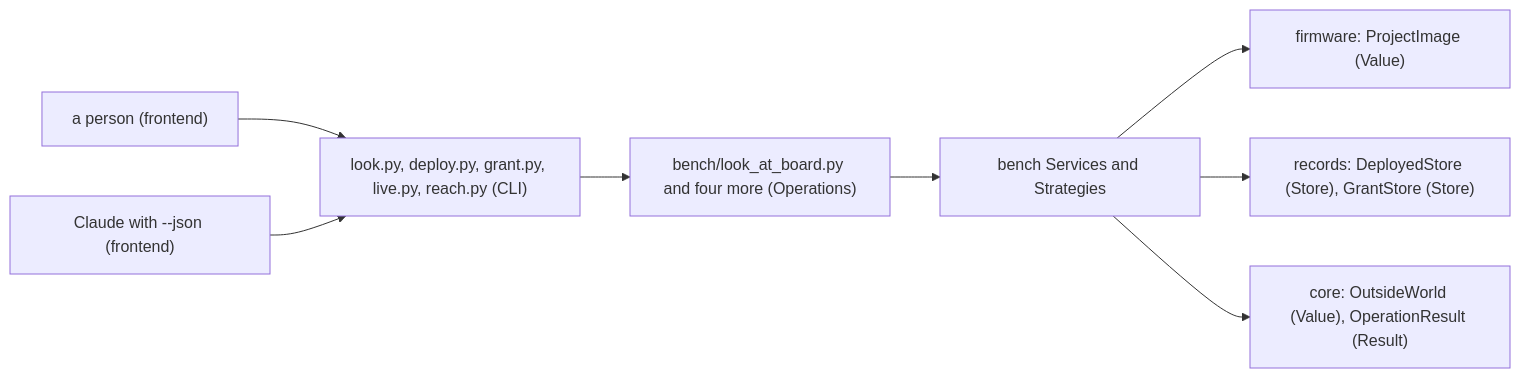
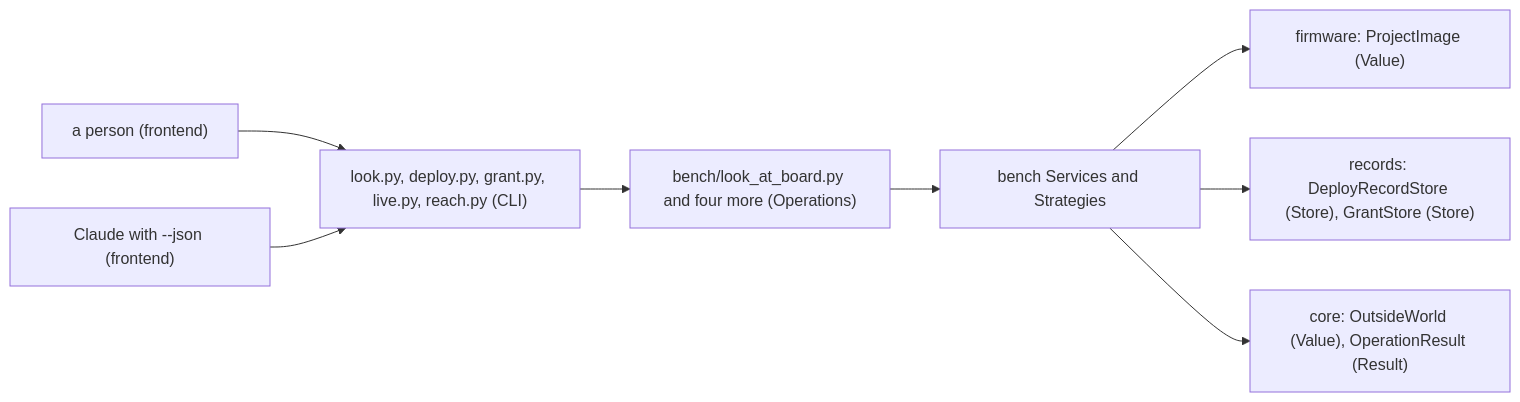
One commit to xmejkal/spark changed the second of 5 diagrams in docs/discovery/2026-10-19-p323-target-architecture/architecture/refactor-plan.md. Above: the diagram before and after it, drawn with Mermaid. The commit also changed other lines of this file and 9 other files, not shown here.

````diff
--- a/docs/discovery/2026-10-19-p323-target-architecture/architecture/refactor-plan.md
+++ b/docs/discovery/2026-10-19-p323-target-architecture/architecture/refactor-plan.md
@@ -90,10 +90,10 @@
 ```mermaid
 flowchart LR
   P["a person (frontend)"] --> CLI["look.py, deploy.py, grant.py, live.py, reach.py (CLI)"]
   C["Claude with --json (frontend)"] --> CLI
   CLI --> OPS["bench/look_at_board.py and four more (Operations)"]
   OPS --> SVC["bench Services and Strategies"]
   SVC --> FW["firmware: ProjectImage (Value)"]
-  SVC --> REC["records: DeployedStore (Store), GrantStore (Store)"]
+  SVC --> REC["records: DeployRecordStore (Store), GrantStore (Store)"]
   SVC --> CORE["core: OutsideWorld (Value), OperationResult (Result)"]
 ```
````
